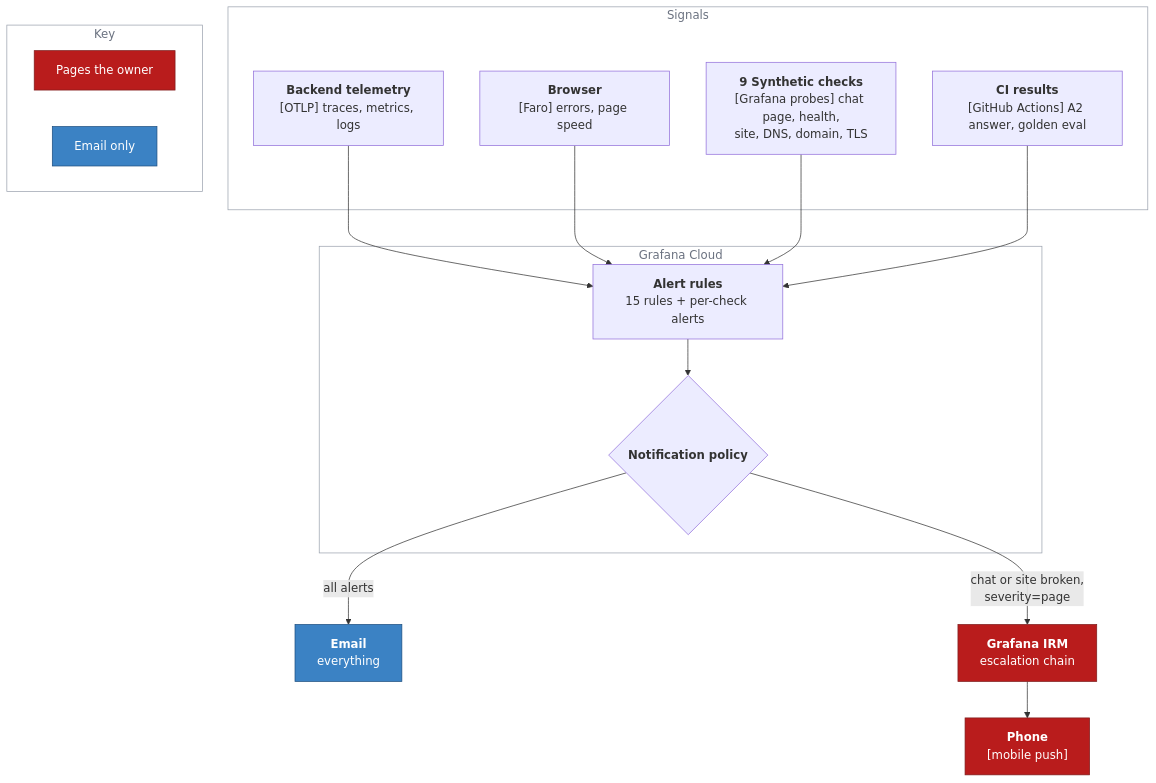
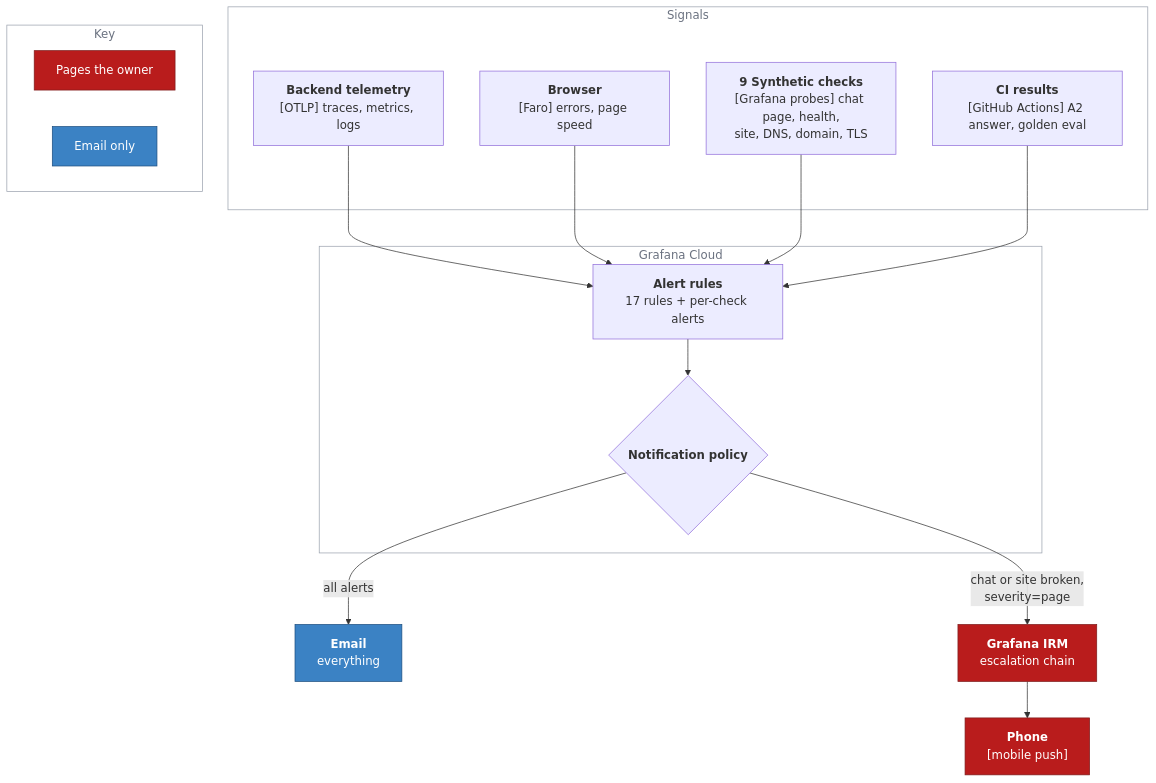
Diagram 11 of 11 in docs/ARCHITECTURE.md (Rayhanpatel/AI-Resume-Agent), drawn with Mermaid before and after one commit. The commit also changed other lines of this file and 8 other files, not shown here.

````diff
--- a/docs/ARCHITECTURE.md
+++ b/docs/ARCHITECTURE.md
@@ -472,37 +472,37 @@
 ```mermaid
 flowchart TB
     accTitle: Monitoring and alert routing
     accDescr: Synthetic checks, backend telemetry, browser data and CI results feed alert rules. Every alert is emailed; broken chat or site alerts also page the phone through Grafana IRM.
     subgraph sources["Signals"]
         otlp["<b>Backend telemetry</b><br/>[OTLP] traces, metrics, logs"]
         faro["<b>Browser</b><br/>[Faro] errors, page speed"]
         probes["<b>9 Synthetic checks</b><br/>[Grafana probes] chat page, health,<br/>site, DNS, domain, TLS"]
         ciresults["<b>CI results</b><br/>[GitHub Actions] A2 answer, golden eval"]
     end
 
     subgraph grafana["Grafana Cloud"]
-        rules["<b>Alert rules</b><br/>15 rules + per-check alerts"]
+        rules["<b>Alert rules</b><br/>17 rules + per-check alerts"]
         policy{"<b>Notification policy</b>"}
     end
 
     email["<b>Email</b><br/>everything"]
     irm["<b>Grafana IRM</b><br/>escalation chain"]
     phone["<b>Phone</b><br/>[mobile push]"]
 
     otlp & faro & probes & ciresults --> rules --> policy
     policy -->|"all alerts"| email
     policy -->|"chat or site broken,<br/>severity=page"| irm --> phone
 
     subgraph key["Key"]
         k1["Pages the owner"]:::page
         k2["Email only"]:::mail
     end
     style key fill:none,stroke:#9ca3af,color:#6b7280
 
     classDef page fill:#b91c1c,stroke:#7f1d1d,color:#ffffff
     classDef mail fill:#3b82c4,stroke:#1d4f80,color:#ffffff
     class irm,phone page
     class email mail
     style sources fill:none,stroke:#9ca3af,color:#6b7280
     style grafana fill:none,stroke:#9ca3af,color:#6b7280
 ```
````
